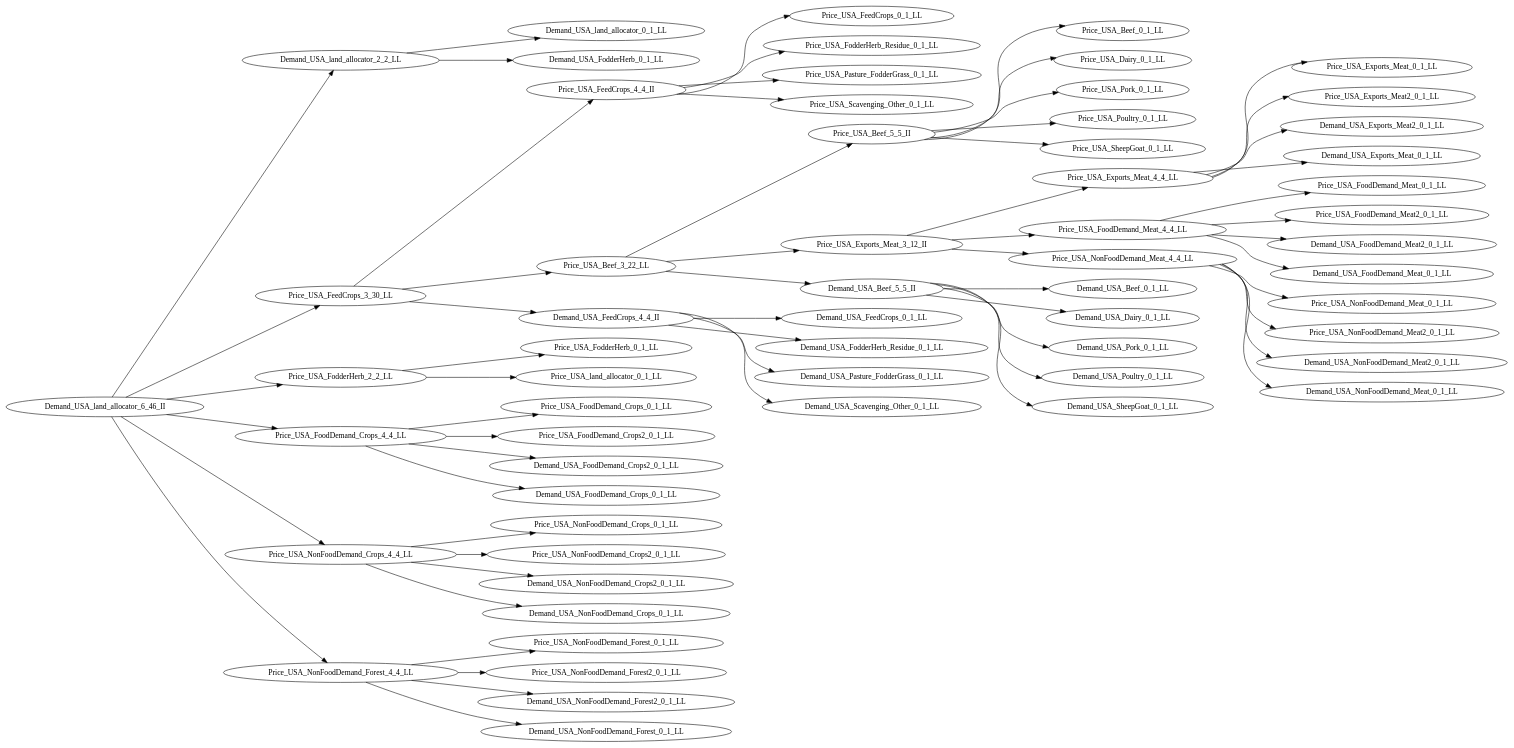
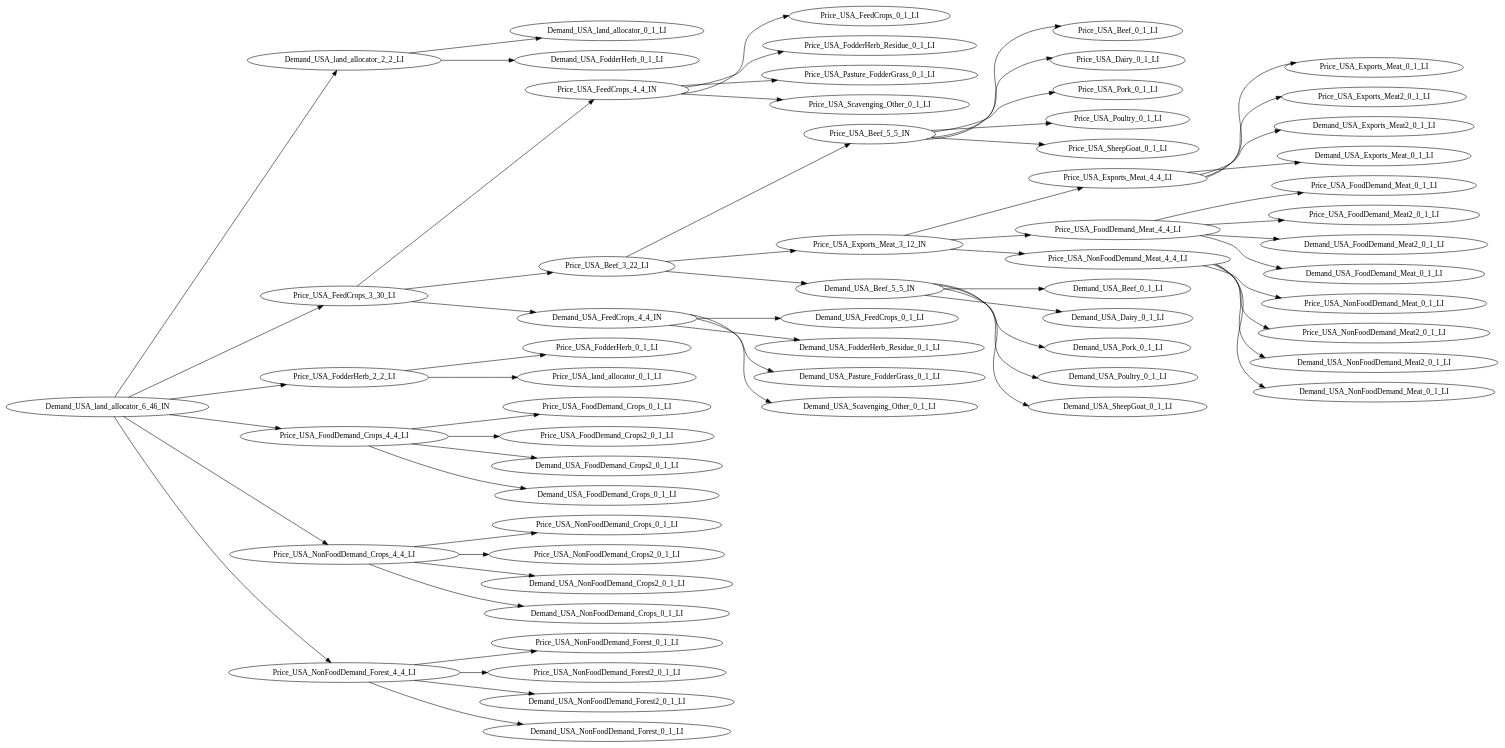
One commit to rplzzz/tgraph changed the diagram in output/gcam-usa-c1-clans.dot. Above: the diagram before and after it, drawn with Graphviz. The commit also changed 2 other files, not shown here.

```diff
--- a/output/gcam-usa-c1-clans.dot
+++ b/output/gcam-usa-c1-clans.dot
@@ -1,64 +1,64 @@
 digraph ClanTree {
 rankdir=LR
-Demand_USA_land_allocator_6_46_II -> Demand_USA_land_allocator_2_2_LL;
-Demand_USA_land_allocator_2_2_LL -> Demand_USA_land_allocator_0_1_LL;
-Demand_USA_land_allocator_2_2_LL -> Demand_USA_FodderHerb_0_1_LL;
-Demand_USA_land_allocator_6_46_II -> Price_USA_FeedCrops_3_30_LL;
-Price_USA_FeedCrops_3_30_LL -> Price_USA_FeedCrops_4_4_II;
-Price_USA_FeedCrops_4_4_II -> Price_USA_FeedCrops_0_1_LL;
-Price_USA_FeedCrops_4_4_II -> Price_USA_FodderHerb_Residue_0_1_LL;
-Price_USA_FeedCrops_4_4_II -> Price_USA_Pasture_FodderGrass_0_1_LL;
-Price_USA_FeedCrops_4_4_II -> Price_USA_Scavenging_Other_0_1_LL;
-Price_USA_FeedCrops_3_30_LL -> Price_USA_Beef_3_22_LL;
-Price_USA_Beef_3_22_LL -> Price_USA_Beef_5_5_II;
-Price_USA_Beef_5_5_II -> Price_USA_Beef_0_1_LL;
-Price_USA_Beef_5_5_II -> Price_USA_Dairy_0_1_LL;
-Price_USA_Beef_5_5_II -> Price_USA_Pork_0_1_LL;
-Price_USA_Beef_5_5_II -> Price_USA_Poultry_0_1_LL;
-Price_USA_Beef_5_5_II -> Price_USA_SheepGoat_0_1_LL;
-Price_USA_Beef_3_22_LL -> Price_USA_Exports_Meat_3_12_II;
-Price_USA_Exports_Meat_3_12_II -> Price_USA_Exports_Meat_4_4_LL;
-Price_USA_Exports_Meat_4_4_LL -> Price_USA_Exports_Meat_0_1_LL;
-Price_USA_Exports_Meat_4_4_LL -> Price_USA_Exports_Meat2_0_1_LL;
-Price_USA_Exports_Meat_4_4_LL -> Demand_USA_Exports_Meat2_0_1_LL;
-Price_USA_Exports_Meat_4_4_LL -> Demand_USA_Exports_Meat_0_1_LL;
-Price_USA_Exports_Meat_3_12_II -> Price_USA_FoodDemand_Meat_4_4_LL;
-Price_USA_FoodDemand_Meat_4_4_LL -> Price_USA_FoodDemand_Meat_0_1_LL;
-Price_USA_FoodDemand_Meat_4_4_LL -> Price_USA_FoodDemand_Meat2_0_1_LL;
-Price_USA_FoodDemand_Meat_4_4_LL -> Demand_USA_FoodDemand_Meat2_0_1_LL;
-Price_USA_FoodDemand_Meat_4_4_LL -> Demand_USA_FoodDemand_Meat_0_1_LL;
-Price_USA_Exports_Meat_3_12_II -> Price_USA_NonFoodDemand_Meat_4_4_LL;
-Price_USA_NonFoodDemand_Meat_4_4_LL -> Price_USA_NonFoodDemand_Meat_0_1_LL;
-Price_USA_NonFoodDemand_Meat_4_4_LL -> Price_USA_NonFoodDemand_Meat2_0_1_LL;
-Price_USA_NonFoodDemand_Meat_4_4_LL -> Demand_USA_NonFoodDemand_Meat2_0_1_LL;
-Price_USA_NonFoodDemand_Meat_4_4_LL -> Demand_USA_NonFoodDemand_Meat_0_1_LL;
-Price_USA_Beef_3_22_LL -> Demand_USA_Beef_5_5_II;
-Demand_USA_Beef_5_5_II -> Demand_USA_Beef_0_1_LL;
-Demand_USA_Beef_5_5_II -> Demand_USA_Dairy_0_1_LL;
-Demand_USA_Beef_5_5_II -> Demand_USA_Pork_0_1_LL;
-Demand_USA_Beef_5_5_II -> Demand_USA_Poultry_0_1_LL;
-Demand_USA_Beef_5_5_II -> Demand_USA_SheepGoat_0_1_LL;
-Price_USA_FeedCrops_3_30_LL -> Demand_USA_FeedCrops_4_4_II;
-Demand_USA_FeedCrops_4_4_II -> Demand_USA_FeedCrops_0_1_LL;
-Demand_USA_FeedCrops_4_4_II -> Demand_USA_FodderHerb_Residue_0_1_LL;
-Demand_USA_FeedCrops_4_4_II -> Demand_USA_Pasture_FodderGrass_0_1_LL;
-Demand_USA_FeedCrops_4_4_II -> Demand_USA_Scavenging_Other_0_1_LL;
-Demand_USA_land_allocator_6_46_II -> Price_USA_FodderHerb_2_2_LL;
-Price_USA_FodderHerb_2_2_LL -> Price_USA_FodderHerb_0_1_LL;
-Price_USA_FodderHerb_2_2_LL -> Price_USA_land_allocator_0_1_LL;
-Demand_USA_land_allocator_6_46_II -> Price_USA_FoodDemand_Crops_4_4_LL;
-Price_USA_FoodDemand_Crops_4_4_LL -> Price_USA_FoodDemand_Crops_0_1_LL;
-Price_USA_FoodDemand_Crops_4_4_LL -> Price_USA_FoodDemand_Crops2_0_1_LL;
-Price_USA_FoodDemand_Crops_4_4_LL -> Demand_USA_FoodDemand_Crops2_0_1_LL;
-Price_USA_FoodDemand_Crops_4_4_LL -> Demand_USA_FoodDemand_Crops_0_1_LL;
-Demand_USA_land_allocator_6_46_II -> Price_USA_NonFoodDemand_Crops_4_4_LL;
-Price_USA_NonFoodDemand_Crops_4_4_LL -> Price_USA_NonFoodDemand_Crops_0_1_LL;
-Price_USA_NonFoodDemand_Crops_4_4_LL -> Price_USA_NonFoodDemand_Crops2_0_1_LL;
-Price_USA_NonFoodDemand_Crops_4_4_LL -> Demand_USA_NonFoodDemand_Crops2_0_1_LL;
-Price_USA_NonFoodDemand_Crops_4_4_LL -> Demand_USA_NonFoodDemand_Crops_0_1_LL;
-Demand_USA_land_allocator_6_46_II -> Price_USA_NonFoodDemand_Forest_4_4_LL;
-Price_USA_NonFoodDemand_Forest_4_4_LL -> Price_USA_NonFoodDemand_Forest_0_1_LL;
-Price_USA_NonFoodDemand_Forest_4_4_LL -> Price_USA_NonFoodDemand_Forest2_0_1_LL;
-Price_USA_NonFoodDemand_Forest_4_4_LL -> Demand_USA_NonFoodDemand_Forest2_0_1_LL;
-Price_USA_NonFoodDemand_Forest_4_4_LL -> Demand_USA_NonFoodDemand_Forest_0_1_LL;
+Demand_USA_land_allocator_6_46_IN -> Demand_USA_land_allocator_2_2_LI;
+Demand_USA_land_allocator_2_2_LI -> Demand_USA_land_allocator_0_1_LI;
+Demand_USA_land_allocator_2_2_LI -> Demand_USA_FodderHerb_0_1_LI;
+Demand_USA_land_allocator_6_46_IN -> Price_USA_FeedCrops_3_30_LI;
+Price_USA_FeedCrops_3_30_LI -> Price_USA_FeedCrops_4_4_IN;
+Price_USA_FeedCrops_4_4_IN -> Price_USA_FeedCrops_0_1_LI;
+Price_USA_FeedCrops_4_4_IN -> Price_USA_FodderHerb_Residue_0_1_LI;
+Price_USA_FeedCrops_4_4_IN -> Price_USA_Pasture_FodderGrass_0_1_LI;
+Price_USA_FeedCrops_4_4_IN -> Price_USA_Scavenging_Other_0_1_LI;
+Price_USA_FeedCrops_3_30_LI -> Price_USA_Beef_3_22_LI;
+Price_USA_Beef_3_22_LI -> Price_USA_Beef_5_5_IN;
+Price_USA_Beef_5_5_IN -> Price_USA_Beef_0_1_LI;
+Price_USA_Beef_5_5_IN -> Price_USA_Dairy_0_1_LI;
+Price_USA_Beef_5_5_IN -> Price_USA_Pork_0_1_LI;
+Price_USA_Beef_5_5_IN -> Price_USA_Poultry_0_1_LI;
+Price_USA_Beef_5_5_IN -> Price_USA_SheepGoat_0_1_LI;
+Price_USA_Beef_3_22_LI -> Price_USA_Exports_Meat_3_12_IN;
+Price_USA_Exports_Meat_3_12_IN -> Price_USA_Exports_Meat_4_4_LI;
+Price_USA_Exports_Meat_4_4_LI -> Price_USA_Exports_Meat_0_1_LI;
+Price_USA_Exports_Meat_4_4_LI -> Price_USA_Exports_Meat2_0_1_LI;
+Price_USA_Exports_Meat_4_4_LI -> Demand_USA_Exports_Meat2_0_1_LI;
+Price_USA_Exports_Meat_4_4_LI -> Demand_USA_Exports_Meat_0_1_LI;
+Price_USA_Exports_Meat_3_12_IN -> Price_USA_FoodDemand_Meat_4_4_LI;
+Price_USA_FoodDemand_Meat_4_4_LI -> Price_USA_FoodDemand_Meat_0_1_LI;
+Price_USA_FoodDemand_Meat_4_4_LI -> Price_USA_FoodDemand_Meat2_0_1_LI;
+Price_USA_FoodDemand_Meat_4_4_LI -> Demand_USA_FoodDemand_Meat2_0_1_LI;
+Price_USA_FoodDemand_Meat_4_4_LI -> Demand_USA_FoodDemand_Meat_0_1_LI;
+Price_USA_Exports_Meat_3_12_IN -> Price_USA_NonFoodDemand_Meat_4_4_LI;
+Price_USA_NonFoodDemand_Meat_4_4_LI -> Price_USA_NonFoodDemand_Meat_0_1_LI;
+Price_USA_NonFoodDemand_Meat_4_4_LI -> Price_USA_NonFoodDemand_Meat2_0_1_LI;
+Price_USA_NonFoodDemand_Meat_4_4_LI -> Demand_USA_NonFoodDemand_Meat2_0_1_LI;
+Price_USA_NonFoodDemand_Meat_4_4_LI -> Demand_USA_NonFoodDemand_Meat_0_1_LI;
+Price_USA_Beef_3_22_LI -> Demand_USA_Beef_5_5_IN;
+Demand_USA_Beef_5_5_IN -> Demand_USA_Beef_0_1_LI;
+Demand_USA_Beef_5_5_IN -> Demand_USA_Dairy_0_1_LI;
+Demand_USA_Beef_5_5_IN -> Demand_USA_Pork_0_1_LI;
+Demand_USA_Beef_5_5_IN -> Demand_USA_Poultry_0_1_LI;
+Demand_USA_Beef_5_5_IN -> Demand_USA_SheepGoat_0_1_LI;
+Price_USA_FeedCrops_3_30_LI -> Demand_USA_FeedCrops_4_4_IN;
+Demand_USA_FeedCrops_4_4_IN -> Demand_USA_FeedCrops_0_1_LI;
+Demand_USA_FeedCrops_4_4_IN -> Demand_USA_FodderHerb_Residue_0_1_LI;
+Demand_USA_FeedCrops_4_4_IN -> Demand_USA_Pasture_FodderGrass_0_1_LI;
+Demand_USA_FeedCrops_4_4_IN -> Demand_USA_Scavenging_Other_0_1_LI;
+Demand_USA_land_allocator_6_46_IN -> Price_USA_FodderHerb_2_2_LI;
+Price_USA_FodderHerb_2_2_LI -> Price_USA_FodderHerb_0_1_LI;
+Price_USA_FodderHerb_2_2_LI -> Price_USA_land_allocator_0_1_LI;
+Demand_USA_land_allocator_6_46_IN -> Price_USA_FoodDemand_Crops_4_4_LI;
+Price_USA_FoodDemand_Crops_4_4_LI -> Price_USA_FoodDemand_Crops_0_1_LI;
+Price_USA_FoodDemand_Crops_4_4_LI -> Price_USA_FoodDemand_Crops2_0_1_LI;
+Price_USA_FoodDemand_Crops_4_4_LI -> Demand_USA_FoodDemand_Crops2_0_1_LI;
+Price_USA_FoodDemand_Crops_4_4_LI -> Demand_USA_FoodDemand_Crops_0_1_LI;
+Demand_USA_land_allocator_6_46_IN -> Price_USA_NonFoodDemand_Crops_4_4_LI;
+Price_USA_NonFoodDemand_Crops_4_4_LI -> Price_USA_NonFoodDemand_Crops_0_1_LI;
+Price_USA_NonFoodDemand_Crops_4_4_LI -> Price_USA_NonFoodDemand_Crops2_0_1_LI;
+Price_USA_NonFoodDemand_Crops_4_4_LI -> Demand_USA_NonFoodDemand_Crops2_0_1_LI;
+Price_USA_NonFoodDemand_Crops_4_4_LI -> Demand_USA_NonFoodDemand_Crops_0_1_LI;
+Demand_USA_land_allocator_6_46_IN -> Price_USA_NonFoodDemand_Forest_4_4_LI;
+Price_USA_NonFoodDemand_Forest_4_4_LI -> Price_USA_NonFoodDemand_Forest_0_1_LI;
+Price_USA_NonFoodDemand_Forest_4_4_LI -> Price_USA_NonFoodDemand_Forest2_0_1_LI;
+Price_USA_NonFoodDemand_Forest_4_4_LI -> Demand_USA_NonFoodDemand_Forest2_0_1_LI;
+Price_USA_NonFoodDemand_Forest_4_4_LI -> Demand_USA_NonFoodDemand_Forest_0_1_LI;
 }
```
